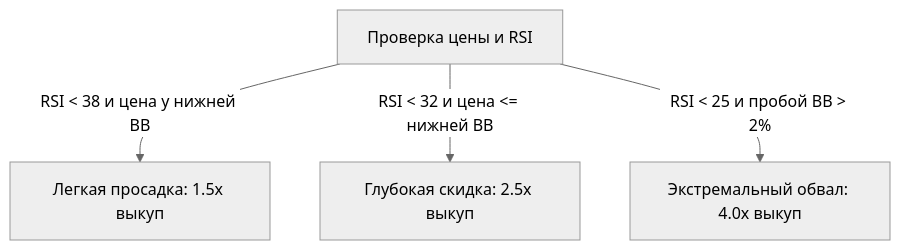
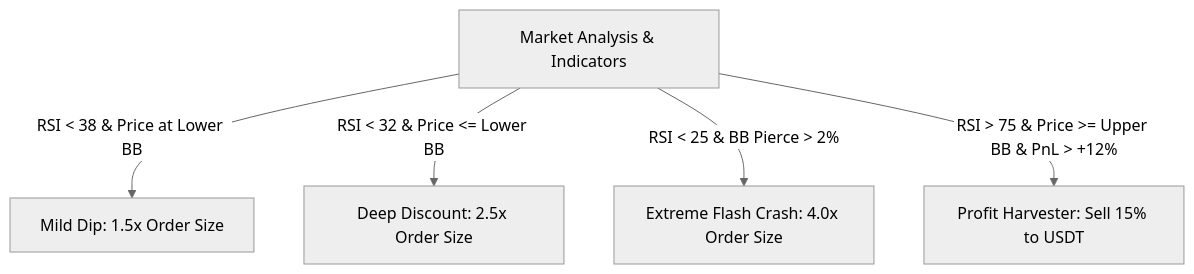
The diagram in README.md (markankamaransheogarat-sys/bybit-smart-piggybank), drawn with Mermaid (neutral theme) before and after one commit. The commit also changed other lines of this file, not shown here.

Commit message:
docs: add bilingual English/Russian README with full architectural specs

````diff
--- a/README.md
+++ b/README.md
@@ -79,6 +75,7 @@
 ```mermaid
 graph TD
-    PriceCheck[Проверка цены и RSI] -->|RSI < 38 и цена у нижней BB| Mild[Легкая просадка: 1.5x выкуп]
-    PriceCheck -->|RSI < 32 и цена <= нижней BB| Deep[Глубокая скидка: 2.5x выкуп]
-    PriceCheck -->|RSI < 25 и пробой BB > 2%| Extreme[Экстремальный обвал: 4.0x выкуп]
+    PriceCheck[Market Analysis & Indicators] -->|RSI < 38 & Price at Lower BB| Mild[Mild Dip: 1.5x Order Size]
+    PriceCheck -->|RSI < 32 & Price <= Lower BB| Deep[Deep Discount: 2.5x Order Size]
+    PriceCheck -->|RSI < 25 & BB Pierce > 2%| Extreme[Extreme Flash Crash: 4.0x Order Size]
+    PriceCheck -->|RSI > 75 & Price >= Upper BB & PnL > +12%| Harvest[Profit Harvester: Sell 15% to USDT]
 ```
````
